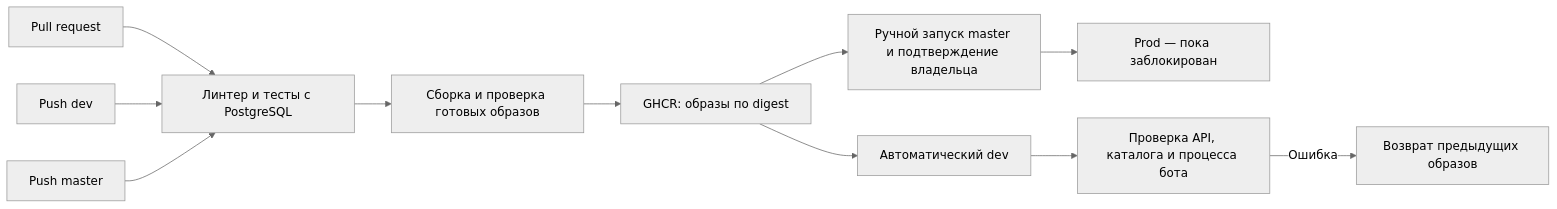
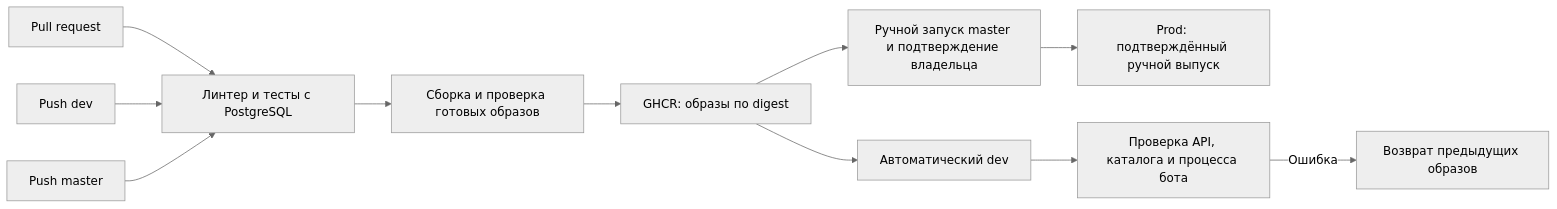
Before and after one commit to omkality/domofomka: the diagram in docs/cicd.md, drawn with Mermaid (neutral theme). The commit also changed other lines of this file and 4 other files, not shown here.

````diff
--- a/docs/cicd.md
+++ b/docs/cicd.md
@@ -3,13 +3,13 @@
 ```mermaid
 flowchart LR
     PR[Pull request] --> T[Линтер и тесты с PostgreSQL]
     D[Push dev] --> T
     M[Push master] --> T
     T --> B[Сборка и проверка готовых образов]
     B --> R[GHCR: образы по digest]
     R --> DEV[Автоматический dev]
     R --> G[Ручной запуск master и подтверждение владельца]
-    G --> PROD[Prod — пока заблокирован]
+    G --> PROD[Prod: подтверждённый ручной выпуск]
     DEV --> H[Проверка API, каталога и процесса бота]
     H -->|Ошибка| OLD[Возврат предыдущих образов]
 ```
````
